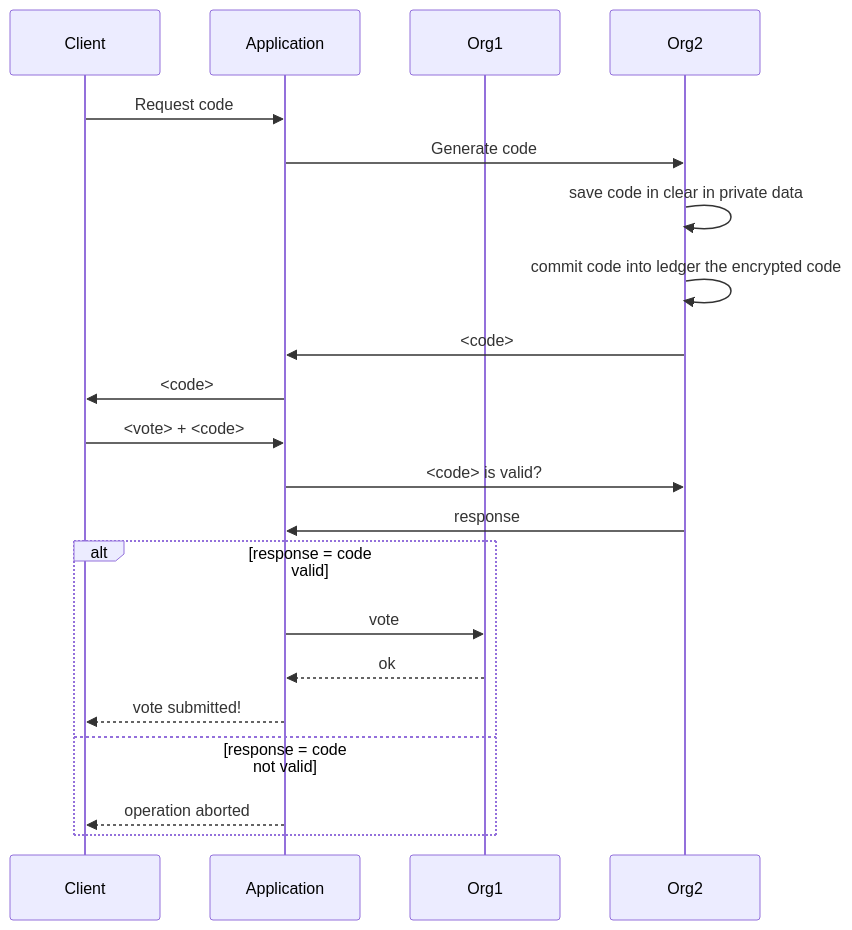
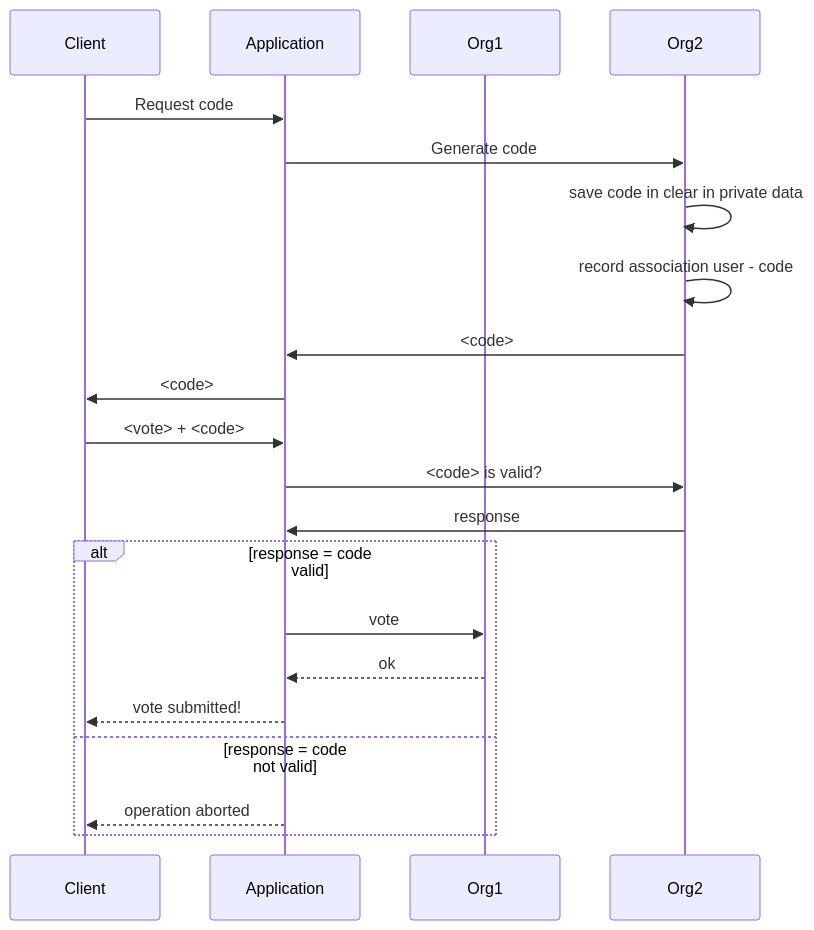
Before and after one commit to tassiluca/ChainVote: the diagram in docs/report.md, drawn with Mermaid. The commit also changed other lines of this file and 1 other file, not shown here.

Commit message:
docs: add Architectural Design and Data management

````diff
--- a/docs/report.md
+++ b/docs/report.md
@@ -20,26 +20,26 @@
 ```mermaid
 sequenceDiagram
     participant Client
     participant Application
     participant Org1
     participant Org2
 
     Client ->> Application : Request code
     Application ->> Org2 : Generate code
     Org2 ->> Org2 : save code in clear in private data
-    Org2 ->> Org2 : commit code into ledger the encrypted code
+    Org2 ->> Org2 : record association user - code
     Org2 ->> Application : <code>
     Application ->> Client : <code>
     
     Client ->> Application : <vote> + <code>
     Application ->> Org2 : <code> is valid?
     Org2 ->> Application : response
     
     alt response = code valid 
         Application ->> Org1 : vote
         Org1 -->> Application : ok
         Application -->> Client : vote submitted!
     else response = code not valid
         Application -->> Client: operation aborted
     end
 ```
````
